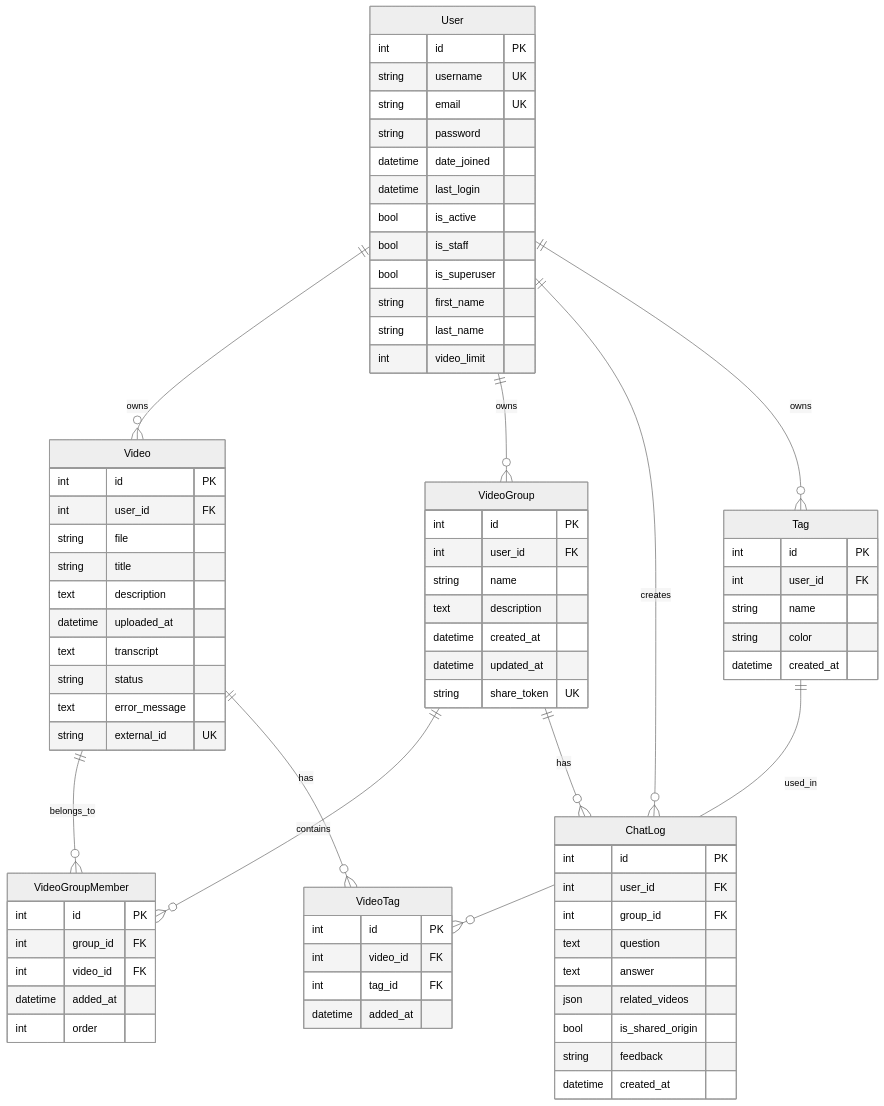
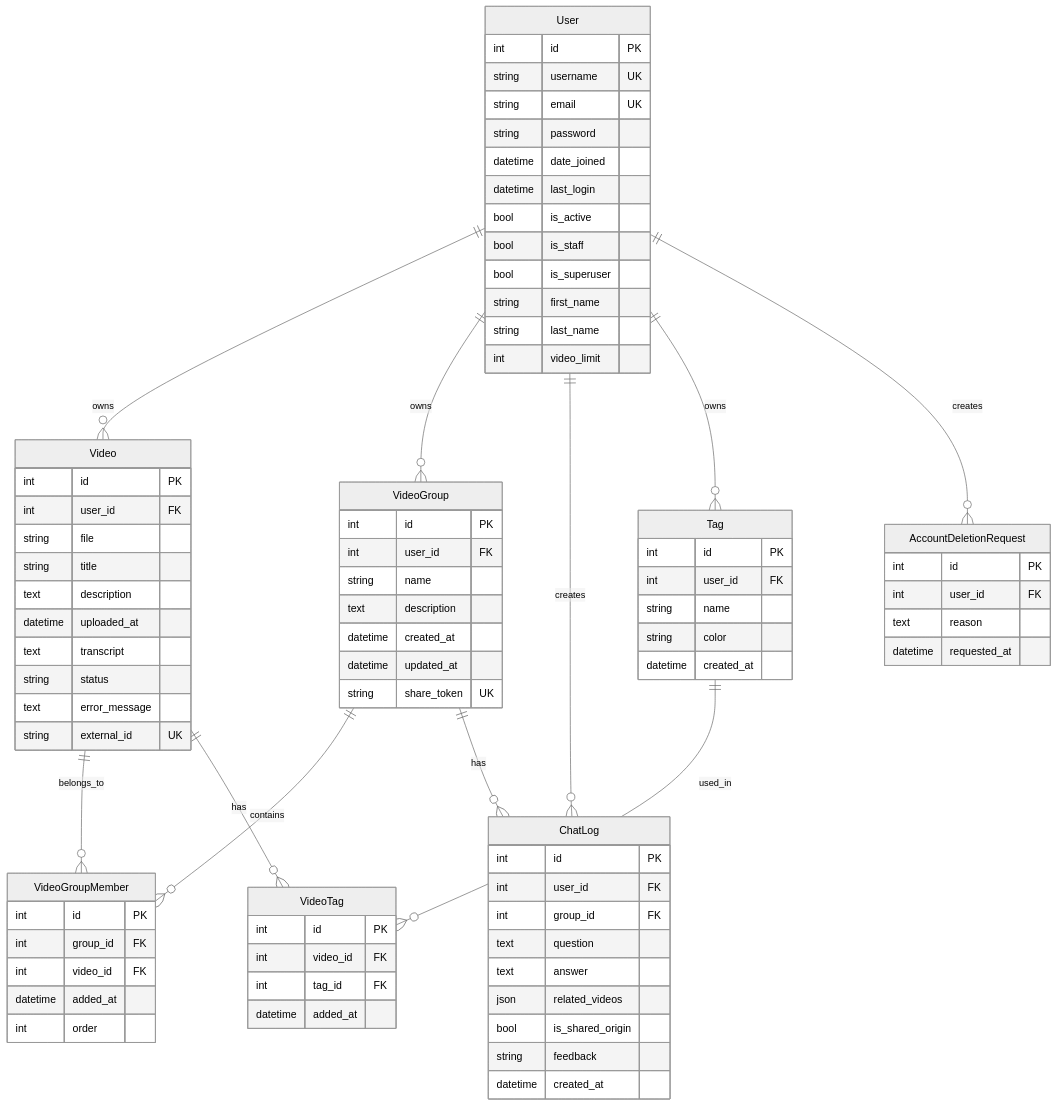
Before and after one commit to yukiharada1228/videoq: the diagram in docs/database/er-diagram.md, drawn with Mermaid (neutral theme). The commit also changed other lines of this file and 5 other files, not shown here.

````diff
--- a/docs/database/er-diagram.md
+++ b/docs/database/er-diagram.md
@@ -12,6 +12,7 @@
     User ||--o{ VideoGroup : owns
     User ||--o{ ChatLog : creates
     User ||--o{ Tag : owns
+    User ||--o{ AccountDeletionRequest : creates
     VideoGroup ||--o{ VideoGroupMember : contains
     Video ||--o{ VideoGroupMember : belongs_to
     Video ||--o{ VideoTag : has
@@ -90,4 +91,11 @@
         int tag_id FK
         datetime added_at
     }
+
+    AccountDeletionRequest {
+        int id PK
+        int user_id FK
+        text reason
+        datetime requested_at
+    }
 ```
````
